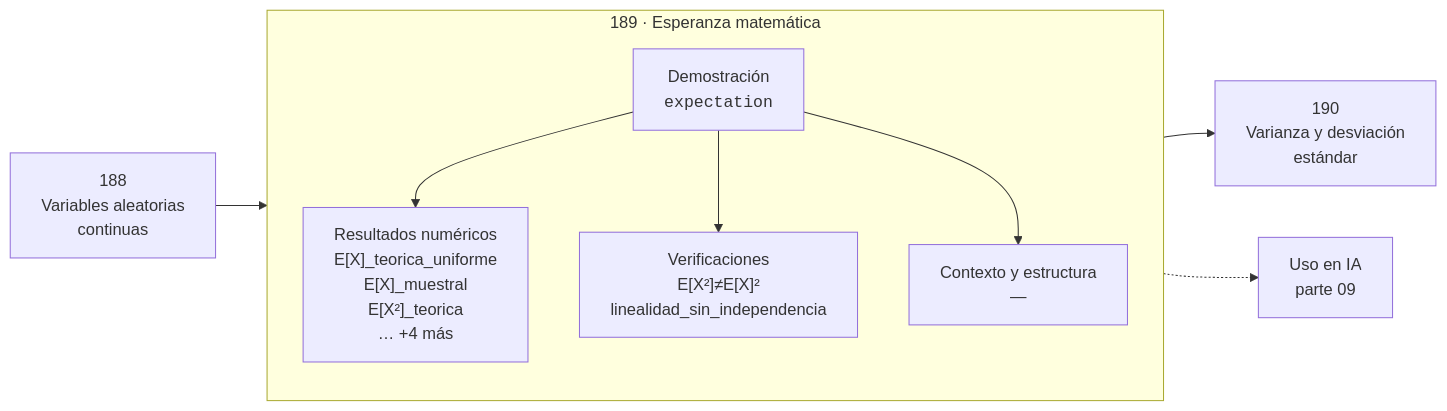
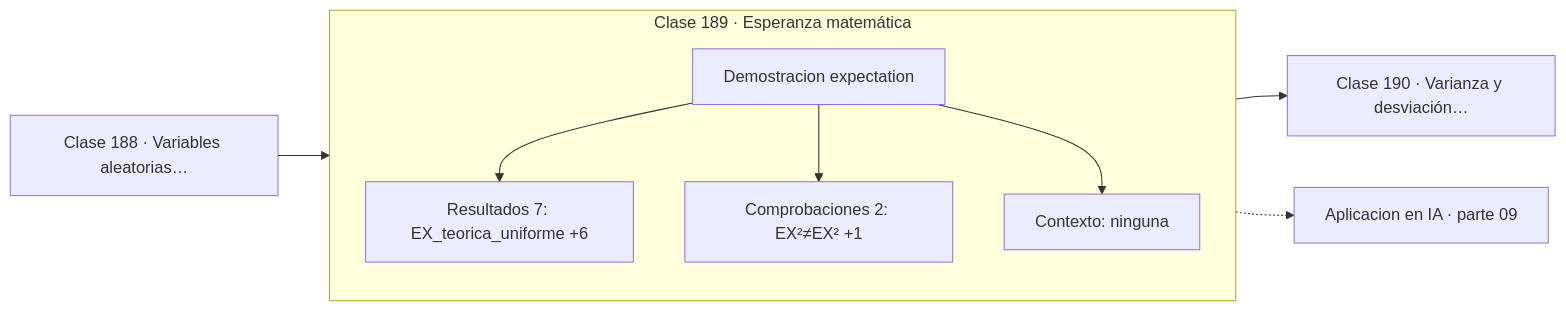
One commit to vladimiracunadev-create/computational-mathematics-program changed the diagram in classes/part-09-probabilidad-y-procesos-aleatorios/189-esperanza-matematica/README.md. Above: the diagram before and after it, drawn with Mermaid. The commit also changed 389 other files, not shown here.

First line of the commit message:
fix(diagramas): elimina el HTML de las etiquetas Mermaid

````diff
--- a/classes/part-09-probabilidad-y-procesos-aleatorios/189-esperanza-matematica/README.md
+++ b/classes/part-09-probabilidad-y-procesos-aleatorios/189-esperanza-matematica/README.md
@@ -30,12 +30,13 @@
 ```mermaid
 flowchart LR
-    P["188<br/>Variables aleatorias<br/>continuas"] --> C
-    subgraph C["189 · Esperanza matemática"]
+    P["Clase 188 · Variables aleatorias…"] --> D
+    subgraph CLASE["Clase 189 · Esperanza matemática"]
         direction TB
-        D["Demostración<br/><code>expectation</code>"] --> R["Resultados numéricos<br/>E[X]_teorica_uniforme<br/>E[X]_muestral<br/>E[X²]_teorica<br/>… +4 más"]
-        D --> V["Verificaciones<br/>E[X²]≠E[X]²<br/>linealidad_sin_independencia"]
-        D --> O["Contexto y estructura<br/>—"]
+        D["Demostracion expectation"]
+        D --> R["Resultados 7: EX_teorica_uniforme +6"]
+        D --> V["Comprobaciones 2: EX²≠EX² +1"]
+        D --> O["Contexto: ninguna"]
     end
-    C --> N["190<br/>Varianza y desviación<br/>estándar"]
-    C -.-> IA["Uso en IA<br/>parte 09"]
+    R --> N["Clase 190 · Varianza y desviación…"]
+    V -.-> IA["Aplicacion en IA · parte 09"]
 ```
````
